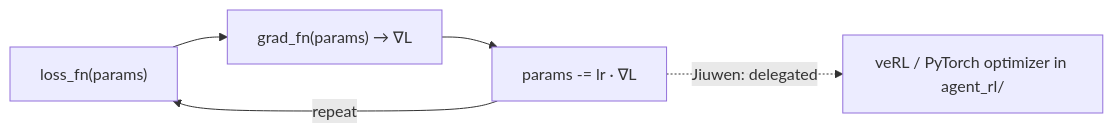
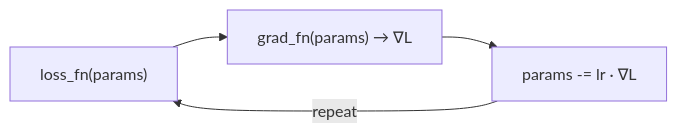
The fifth of 18 diagrams in content/topics/00-ml-foundations.md (michaelatamuk/openjiuwen-knowledge), drawn with Mermaid before and after one commit. The commit also changed other lines of this file and 57 other files, not shown here.

````diff
--- a/content/topics/00-ml-foundations.md
+++ b/content/topics/00-ml-foundations.md
@@ -127,7 +83,6 @@
 ```mermaid
 flowchart LR
     L["loss_fn(params)"] --> G["grad_fn(params) → ∇L"]
     G --> U["params -= lr · ∇L"]
     U -->|"repeat"| L
-    U -.->|"Jiuwen: delegated"| VL["veRL / PyTorch optimizer in agent_rl/"]
 ```
````
